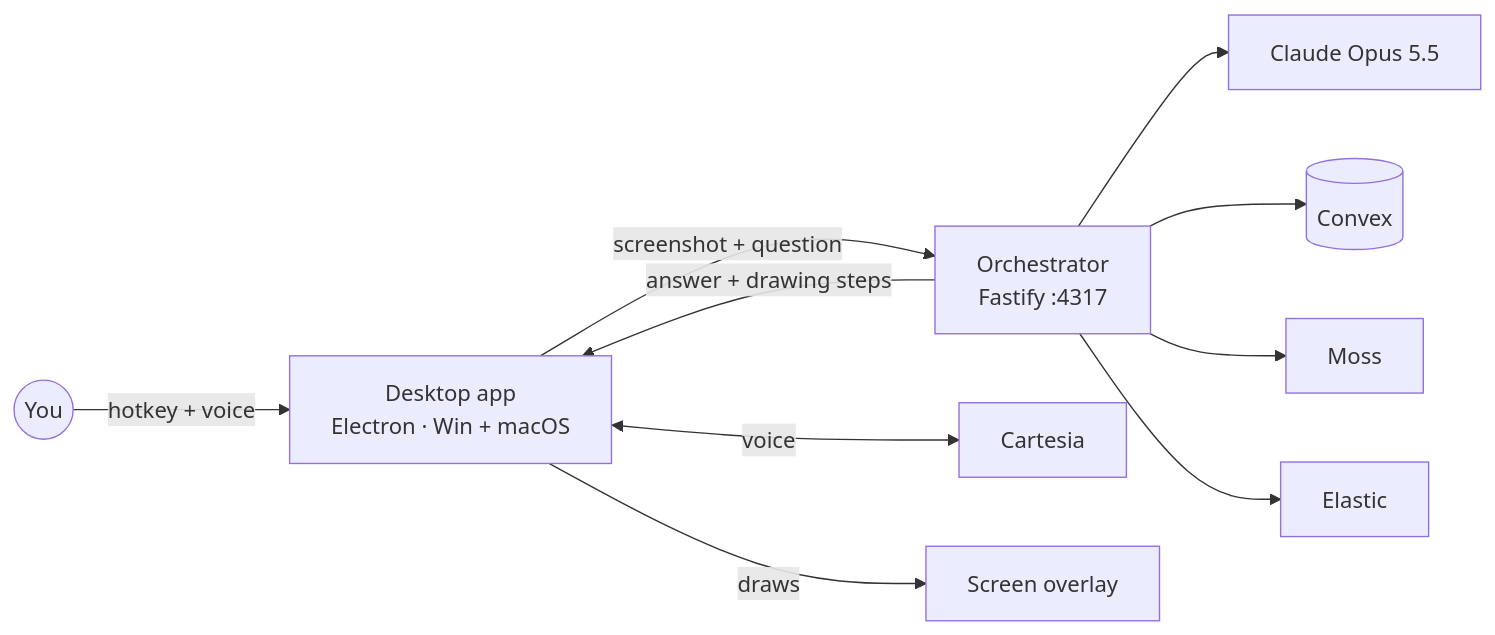
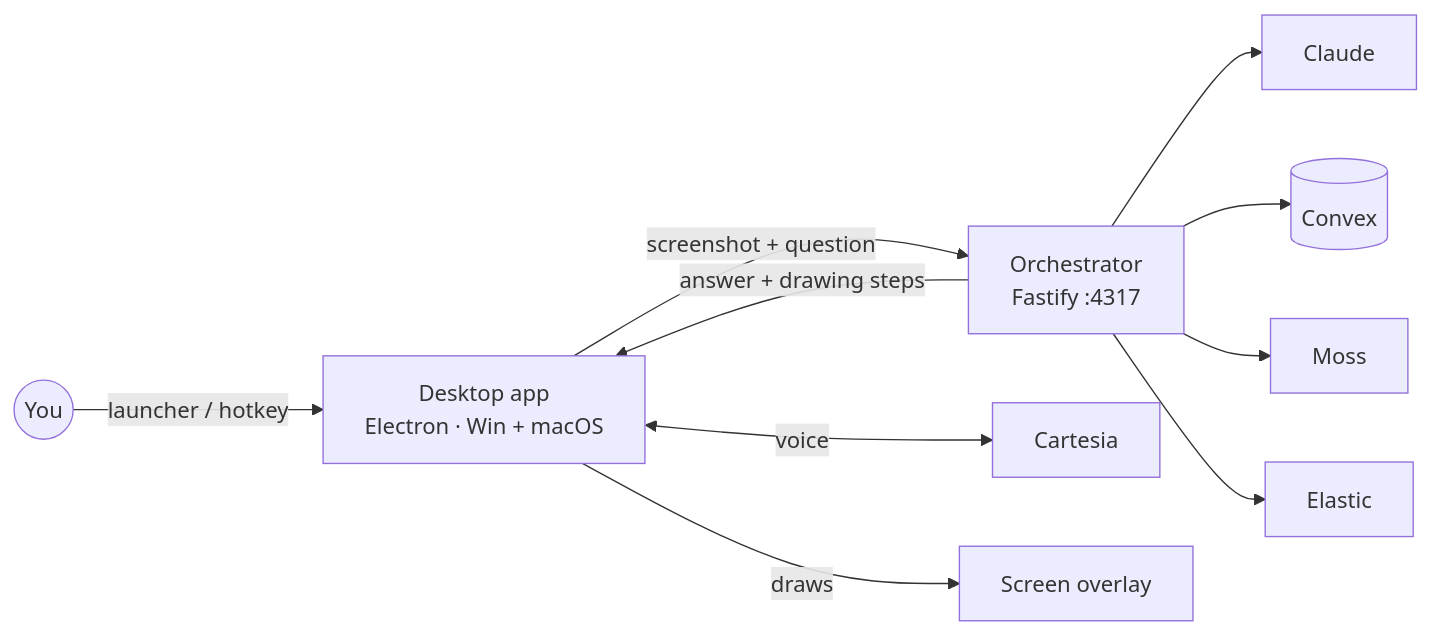
Before and after one commit to jay-1806/CalHacks13.0: the diagram in README.md, drawn with Mermaid. The commit also changed other lines of this file and 1 other file, not shown here.

````diff
--- a/README.md
+++ b/README.md
@@ -37,12 +57,12 @@
 ```mermaid
 graph LR
-    You((You)) -->|hotkey + voice| Desktop["Desktop app<br/>Electron · Win + macOS"]
+    You((You)) -->|launcher / hotkey| Desktop["Desktop app<br/>Electron · Win + macOS"]
     Desktop -->|screenshot + question| Orch["Orchestrator<br/>Fastify :4317"]
-    Orch --> Claude["Claude Opus 5.5"]
+    Orch --> Claude["Claude"]
     Orch --> Convex[(Convex)]
     Orch --> Moss[Moss]
     Orch --> Elastic[Elastic]
     Desktop <-->|voice| Cartesia[Cartesia]
     Orch -->|answer + drawing steps| Desktop
     Desktop -->|draws| Overlay["Screen overlay"]
 ```
````
